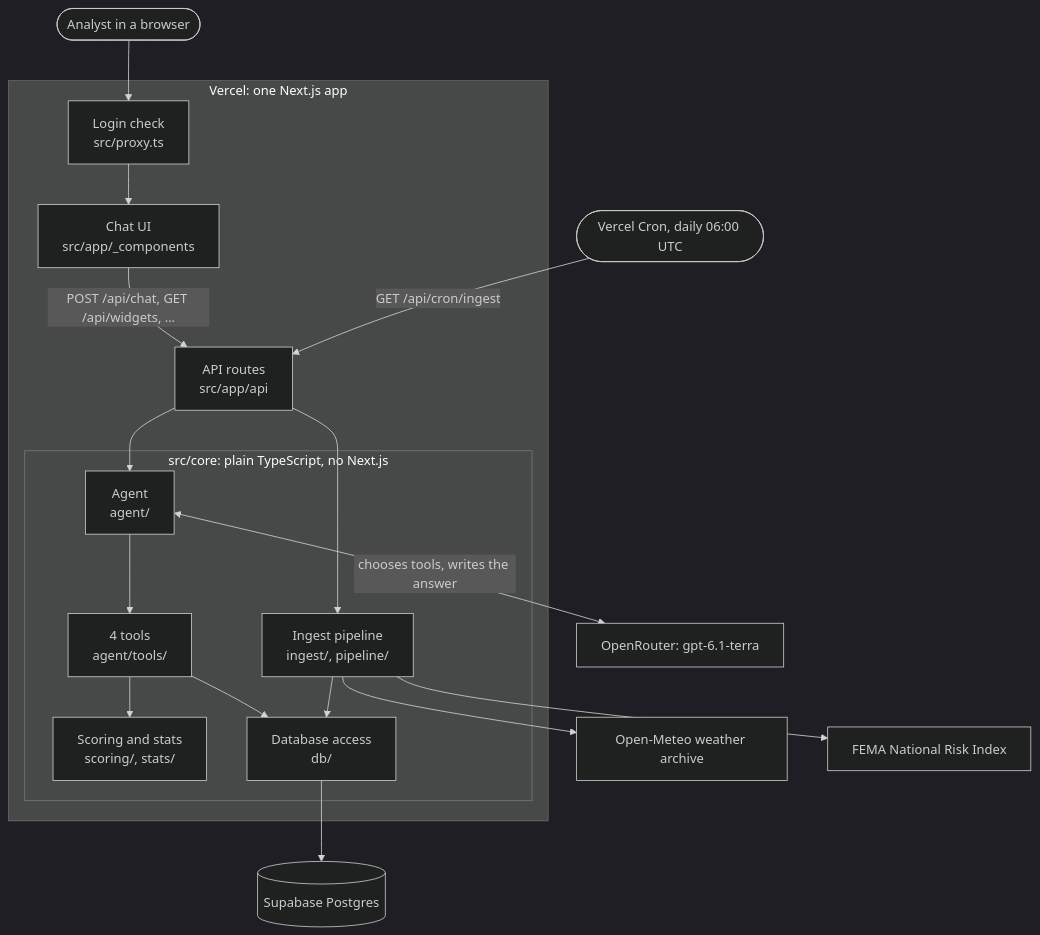
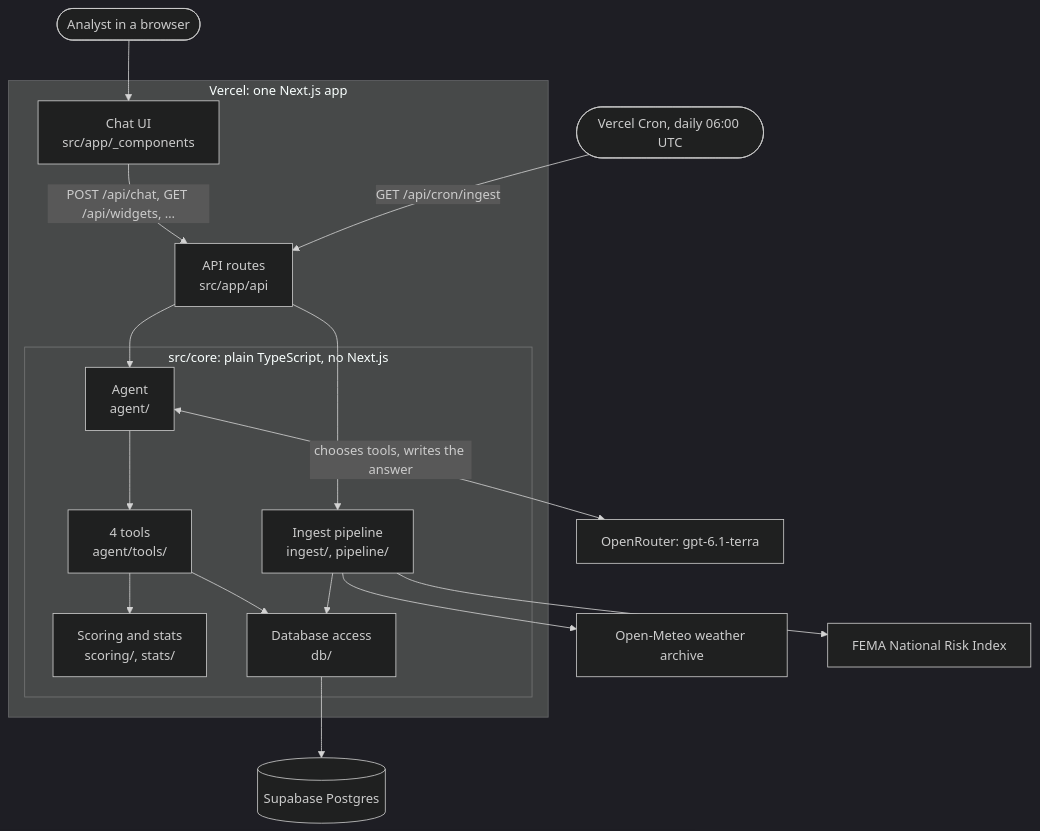
One commit to yardenfarag/Home-Assignment-Moveo changed the first of 2 diagrams in docs/design.md. Above: the diagram before and after it, drawn with Mermaid (dark theme). The commit also changed other lines of this file and 22 other files, not shown here.

````diff
--- a/docs/design.md
+++ b/docs/design.md
@@ -34,34 +34,33 @@
 ```mermaid
 flowchart TB
   user([Analyst in a browser])
   subgraph vercel [Vercel: one Next.js app]
     ui["Chat UI<br/>src/app/_components"]
-    proxy["Login check<br/>src/proxy.ts"]
     api["API routes<br/>src/app/api"]
     subgraph core ["src/core: plain TypeScript, no Next.js"]
       agent["Agent<br/>agent/"]
       tools["4 tools<br/>agent/tools/"]
       scoring["Scoring and stats<br/>scoring/, stats/"]
       ingest["Ingest pipeline<br/>ingest/, pipeline/"]
       repos["Database access<br/>db/"]
     end
   end
   cron([Vercel Cron, daily 06:00 UTC])
   db[(Supabase Postgres)]
   llm[OpenRouter: gpt-6.1-terra]
   meteo[Open-Meteo weather archive]
   fema[FEMA National Risk Index]
 
-  user --> proxy --> ui
+  user --> ui
   ui -->|"POST /api/chat, GET /api/widgets, …"| api
   api --> agent
   agent <-->|"chooses tools, writes the answer"| llm
   agent --> tools --> scoring
   tools --> repos
   cron -->|"GET /api/cron/ingest"| api
   api --> ingest
   ingest --> meteo
   ingest --> fema
   ingest --> repos
   repos --> db
 ```
````
